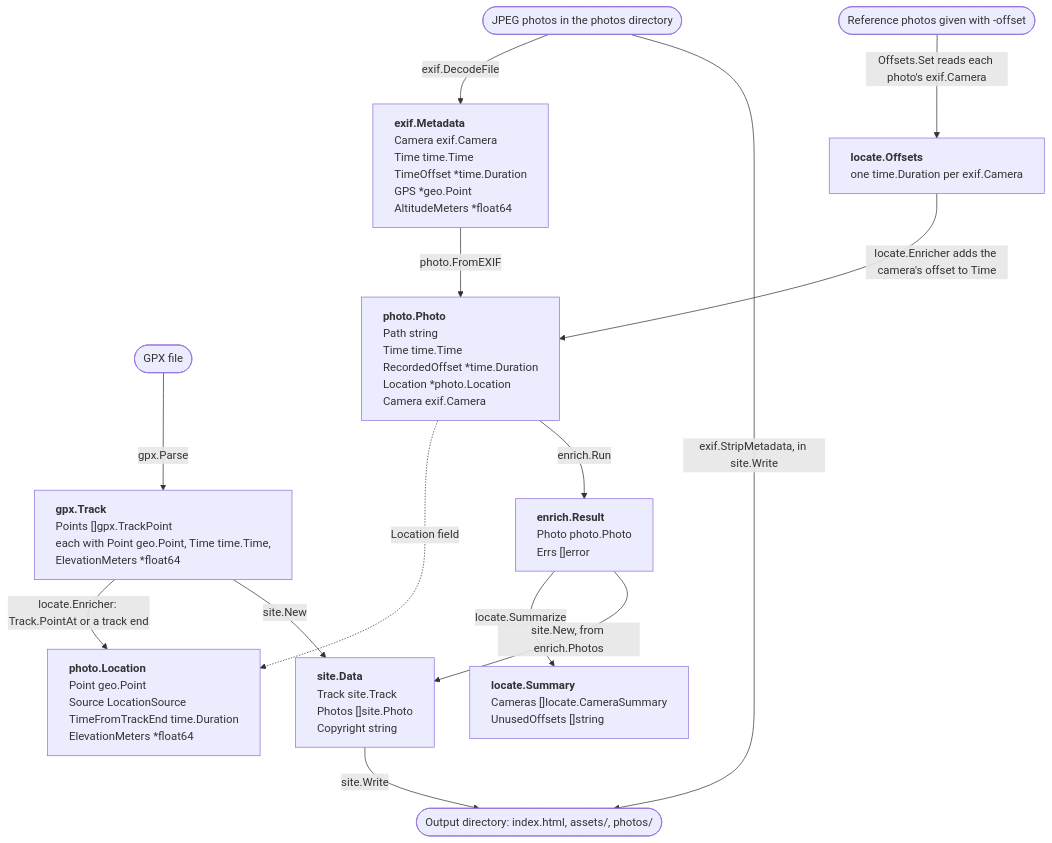
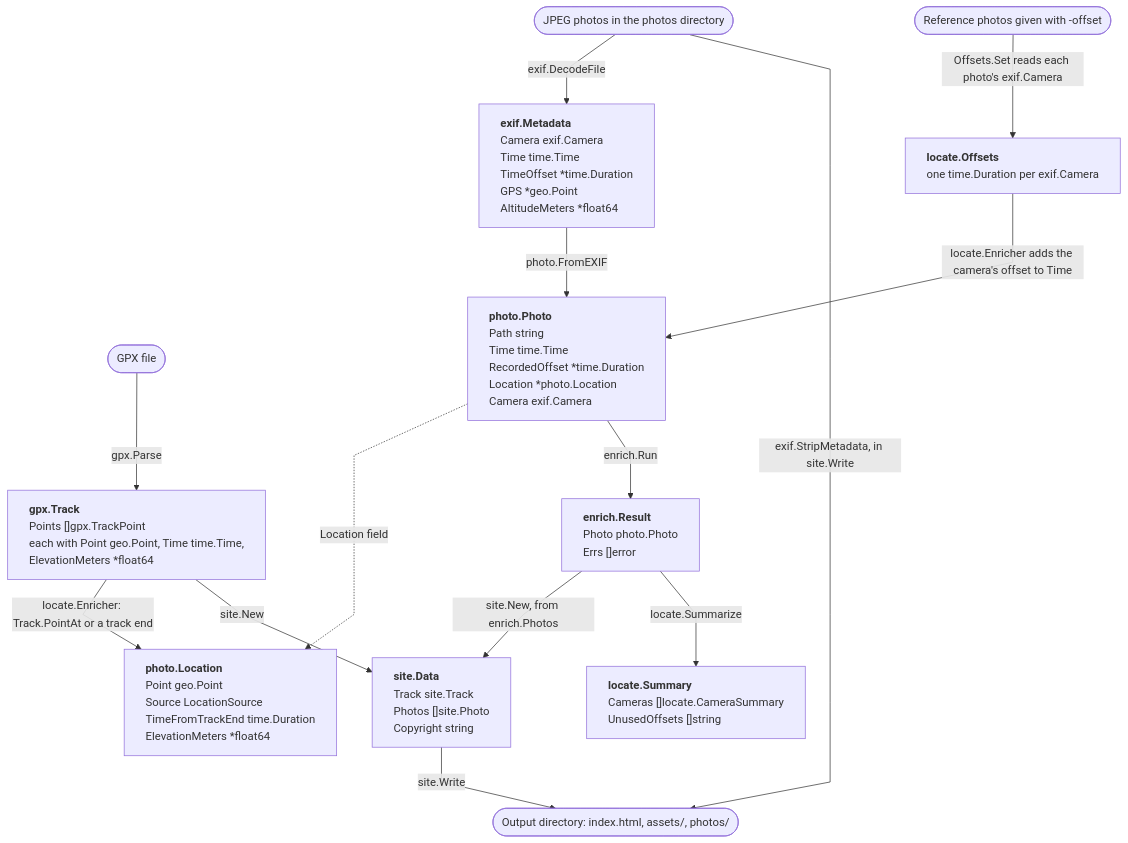
The diagram in README.md (sh531/retrace), drawn with Mermaid before and after one commit.

Commit message:
Pin Mermaid line style and edge order so the data diagram renders cleanly on GitHub

````diff
--- a/README.md
+++ b/README.md
@@ -134,41 +134,42 @@
 ```mermaid
 ---
 config:
   flowchart:
     wrappingWidth: 400
+    curve: linear
 ---
 flowchart TD
     jpegs(["JPEG photos in the photos directory"])
     gpxFile(["GPX file"])
     refPhotos(["Reference photos given with -offset"])
     outDir(["Output directory: index.html, assets/, photos/"])
 
     Metadata["<b>exif.Metadata</b><br/>Camera exif.Camera<br/>Time time.Time<br/>TimeOffset *time.Duration<br/>GPS *geo.Point<br/>AltitudeMeters *float64"]
     Photo["<b>photo.Photo</b><br/>Path string<br/>Time time.Time<br/>RecordedOffset *time.Duration<br/>Location *photo.Location<br/>Camera exif.Camera"]
     Location["<b>photo.Location</b><br/>Point geo.Point<br/>Source LocationSource<br/>TimeFromTrackEnd time.Duration<br/>ElevationMeters *float64"]
     Track["<b>gpx.Track</b><br/>Points []gpx.TrackPoint<br/>each with Point geo.Point, Time time.Time,<br/>ElevationMeters *float64"]
     Offsets["<b>locate.Offsets</b><br/>one time.Duration per exif.Camera"]
     Result["<b>enrich.Result</b><br/>Photo photo.Photo<br/>Errs []error"]
     Summary["<b>locate.Summary</b><br/>Cameras []locate.CameraSummary<br/>UnusedOffsets []string"]
     Data["<b>site.Data</b><br/>Track site.Track<br/>Photos []site.Photo<br/>Copyright string"]
 
     jpegs -->|exif.DecodeFile| Metadata
     Metadata -->|photo.FromEXIF| Photo
     gpxFile -->|gpx.Parse| Track
     refPhotos -->|"Offsets.Set reads each photo's exif.Camera"| Offsets
 
     Offsets -->|"locate.Enricher adds the camera's offset to Time"| Photo
     Track -->|"locate.Enricher: Track.PointAt or a track end"| Location
     Photo -.->|"Location field"| Location
 
     Photo -->|enrich.Run| Result
+    Result -->|"site.New, from enrich.Photos"| Data
     Result -->|locate.Summarize| Summary
 
-    Result -->|"site.New, from enrich.Photos"| Data
     Track -->|site.New| Data
     Data -->|site.Write| outDir
     jpegs -->|"exif.StripMetadata, in site.Write"| outDir
 
     classDef struct text-align:left
     class Metadata,Photo,Location,Track,Offsets,Result,Summary,Data struct
 ```
````
